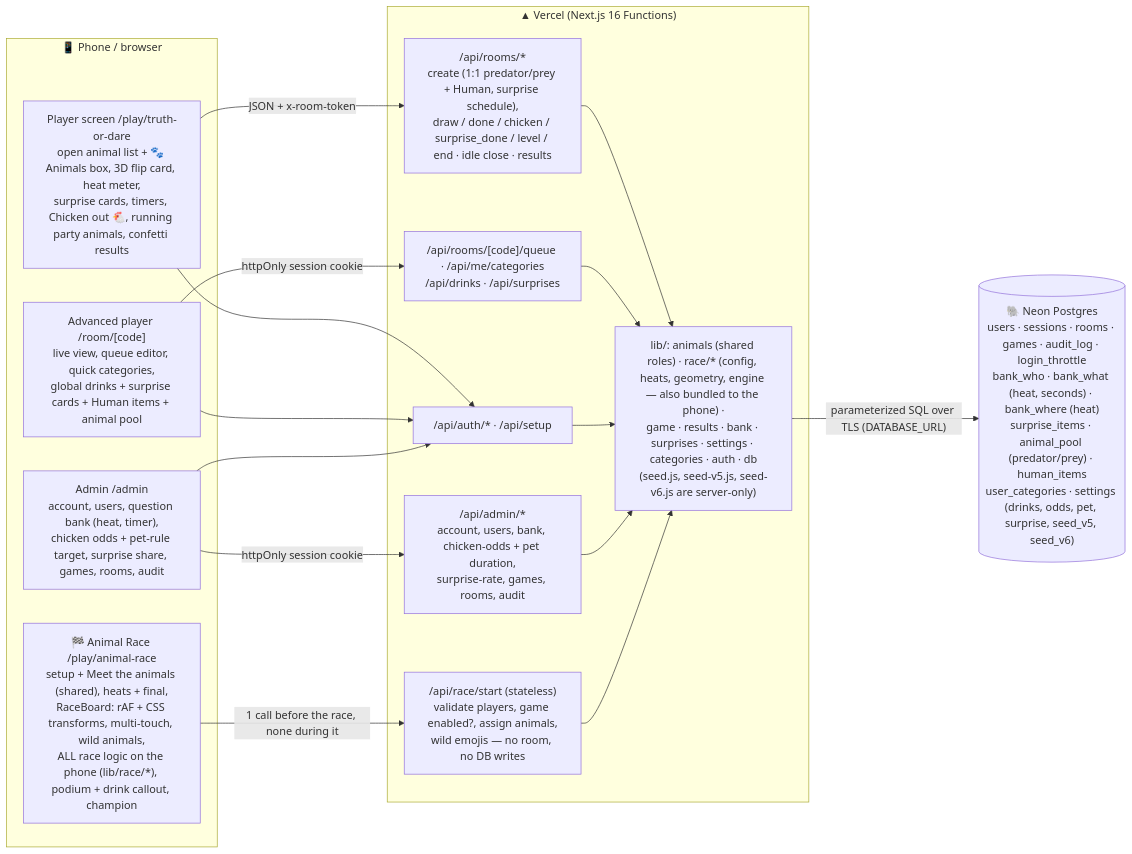
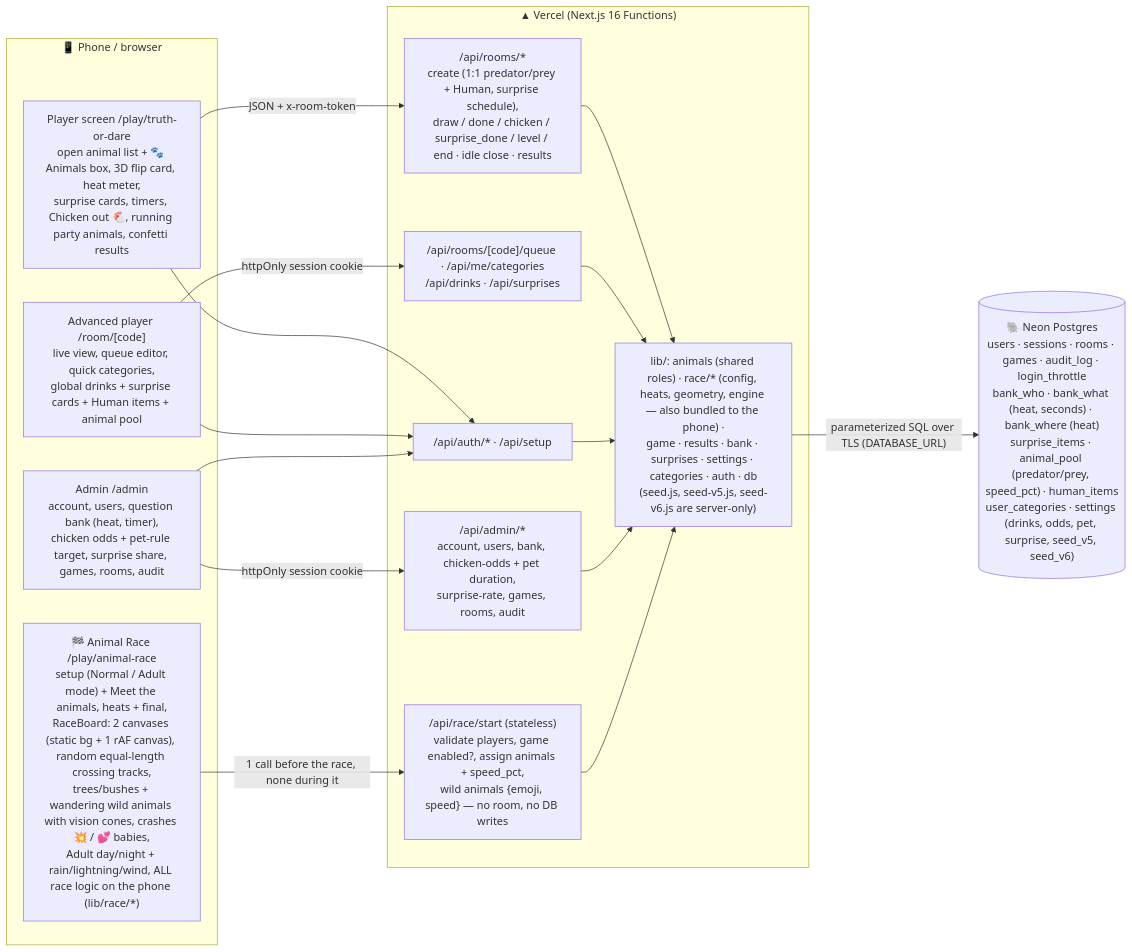
One commit to chanhinterai-max/party-games changed the diagram in ARCHITECTURE.md. Above: the diagram before and after it, drawn with Mermaid. The commit also changed other lines of this file and 14 other files, not shown here.

````diff
--- a/ARCHITECTURE.md
+++ b/ARCHITECTURE.md
@@ -7,25 +7,25 @@
 ```mermaid
 flowchart LR
   subgraph Browser["📱 Phone / browser"]
     P["Player screen /play/truth-or-dare<br/>open animal list + 🐾 Animals box, 3D flip card, heat meter,<br/>surprise cards, timers, Chicken out 🐔, running party animals, confetti results"]
     A["Advanced player /room/[code]<br/>live view, queue editor, quick categories,<br/>global drinks + surprise cards + Human items + animal pool"]
-    RC["🏁 Animal Race /play/animal-race<br/>setup + Meet the animals (shared), heats + final,<br/>RaceBoard: rAF + CSS transforms, multi-touch, wild animals,<br/>ALL race logic on the phone (lib/race/*), podium + drink callout, champion"]
+    RC["🏁 Animal Race /play/animal-race<br/>setup (Normal / Adult mode) + Meet the animals, heats + final,<br/>RaceBoard: 2 canvases (static bg + 1 rAF canvas), random equal-length crossing tracks,<br/>trees/bushes + wandering wild animals with vision cones, crashes 💥 / 💕 babies,<br/>Adult day/night + rain/lightning/wind, ALL race logic on the phone (lib/race/*)"]
     D["Admin /admin<br/>account, users, question bank (heat, timer),<br/>chicken odds + pet-rule target, surprise share, games, rooms, audit"]
   end
   subgraph Vercel["▲ Vercel (Next.js 16 Functions)"]
     R1["/api/rooms/*<br/>create (1:1 predator/prey + Human, surprise schedule),<br/>draw / done / chicken / surprise_done / level / end · idle close · results"]
     R2["/api/rooms/[code]/queue · /api/me/categories<br/>/api/drinks · /api/surprises"]
     R3["/api/auth/* · /api/setup"]
-    R5["/api/race/start (stateless)<br/>validate players, game enabled?, assign animals,<br/>wild emojis — no room, no DB writes"]
+    R5["/api/race/start (stateless)<br/>validate players, game enabled?, assign animals + speed_pct,<br/>wild animals {emoji, speed} — no room, no DB writes"]
     R4["/api/admin/*<br/>account, users, bank, chicken-odds + pet duration,<br/>surprise-rate, games, rooms, audit"]
     L["lib/: animals (shared roles) · race/* (config, heats, geometry, engine — also bundled to the phone) ·<br/>game · results · bank · surprises · settings · categories · auth · db<br/>(seed.js, seed-v5.js, seed-v6.js are server-only)"]
   end
-  DB[("🐘 Neon Postgres<br/>users · sessions · rooms · games · audit_log · login_throttle<br/>bank_who · bank_what (heat, seconds) · bank_where (heat)<br/>surprise_items · animal_pool (predator/prey) · human_items<br/>user_categories · settings (drinks, odds, pet, surprise, seed_v5, seed_v6)")]
+  DB[("🐘 Neon Postgres<br/>users · sessions · rooms · games · audit_log · login_throttle<br/>bank_who · bank_what (heat, seconds) · bank_where (heat)<br/>surprise_items · animal_pool (predator/prey, speed_pct) · human_items<br/>user_categories · settings (drinks, odds, pet, surprise, seed_v5, seed_v6)")]
   P -- "JSON + x-room-token" --> R1
   A -- "httpOnly session cookie" --> R2
   D -- "httpOnly session cookie" --> R4
   RC -- "1 call before the race, none during it" --> R5
   P & A & D --> R3
   R1 & R2 & R3 & R4 & R5 --> L
   L -- "parameterized SQL over TLS (DATABASE_URL)" --> DB
 ```
````
